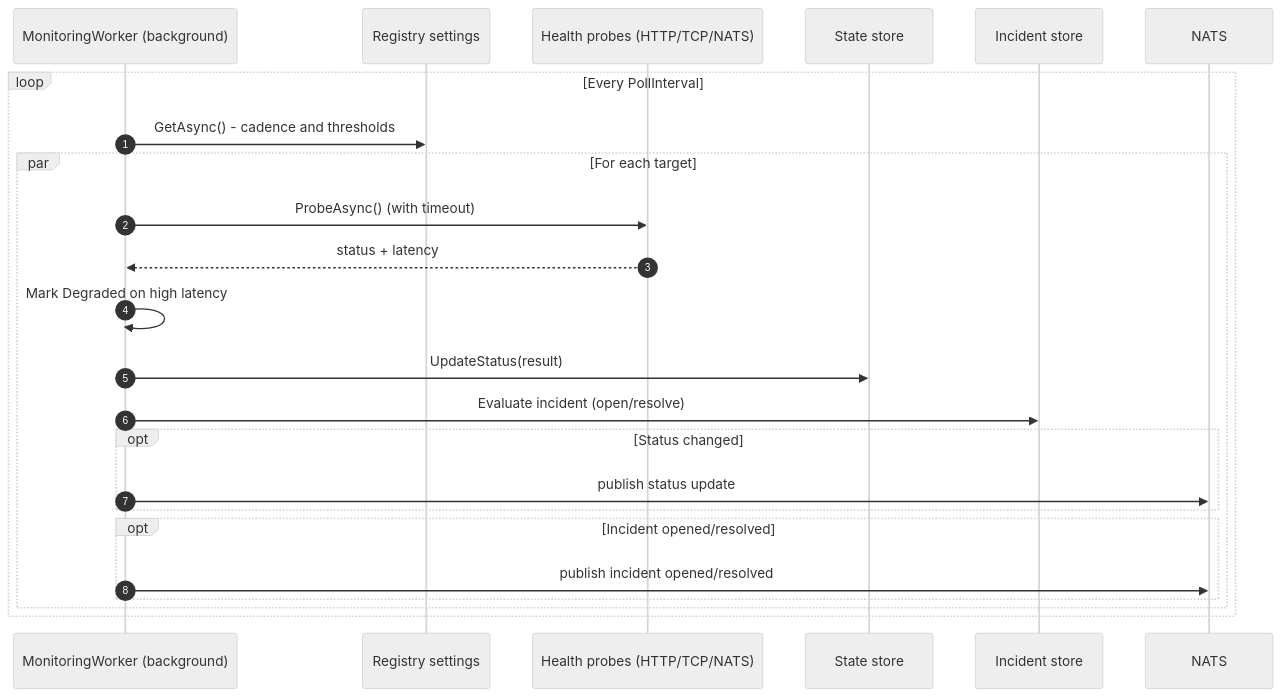
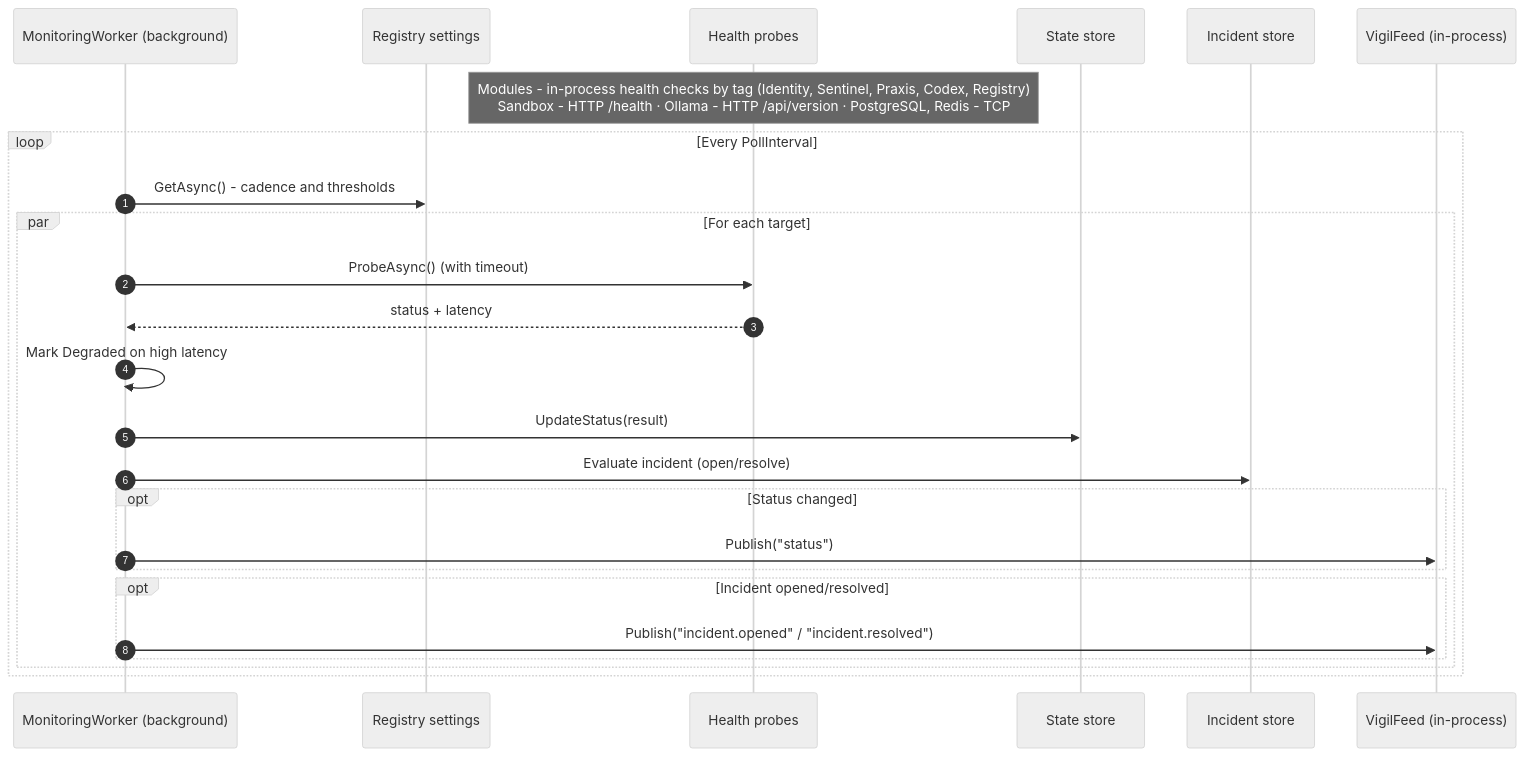
The diagram in docs/diagrams/vigil-1-monitoring-loop.md (mihailshterev/sentium), drawn with Mermaid (neutral theme) before and after one commit. The commit also changed 99 other files, not shown here.

````diff
--- a/docs/diagrams/vigil-1-monitoring-loop.md
+++ b/docs/diagrams/vigil-1-monitoring-loop.md
@@ -1,27 +1,28 @@
 ```mermaid
 sequenceDiagram
     autonumber
     participant MW as MonitoringWorker (background)
     participant RS as Registry settings
-    participant PR as Health probes (HTTP/TCP/NATS)
+    participant PR as Health probes
     participant ST as State store
     participant IN as Incident store
-    participant NATS as NATS
+    participant FD as VigilFeed (in-process)
 
+    Note over PR: Modules - in-process health checks by tag (Identity, Sentinel, Praxis, Codex, Registry)<br/>Sandbox - HTTP /health · Ollama - HTTP /api/version · PostgreSQL, Redis - TCP
     loop Every PollInterval
         MW->>RS: GetAsync() - cadence and thresholds
         par For each target
             MW->>PR: ProbeAsync() (with timeout)
             PR-->>MW: status + latency
             MW->>MW: Mark Degraded on high latency
             MW->>ST: UpdateStatus(result)
             MW->>IN: Evaluate incident (open/resolve)
             opt Status changed
-                MW->>NATS: publish status update
+                MW->>FD: Publish("status")
             end
             opt Incident opened/resolved
-                MW->>NATS: publish incident opened/resolved
+                MW->>FD: Publish("incident.opened" / "incident.resolved")
             end
         end
     end
 ```
````
